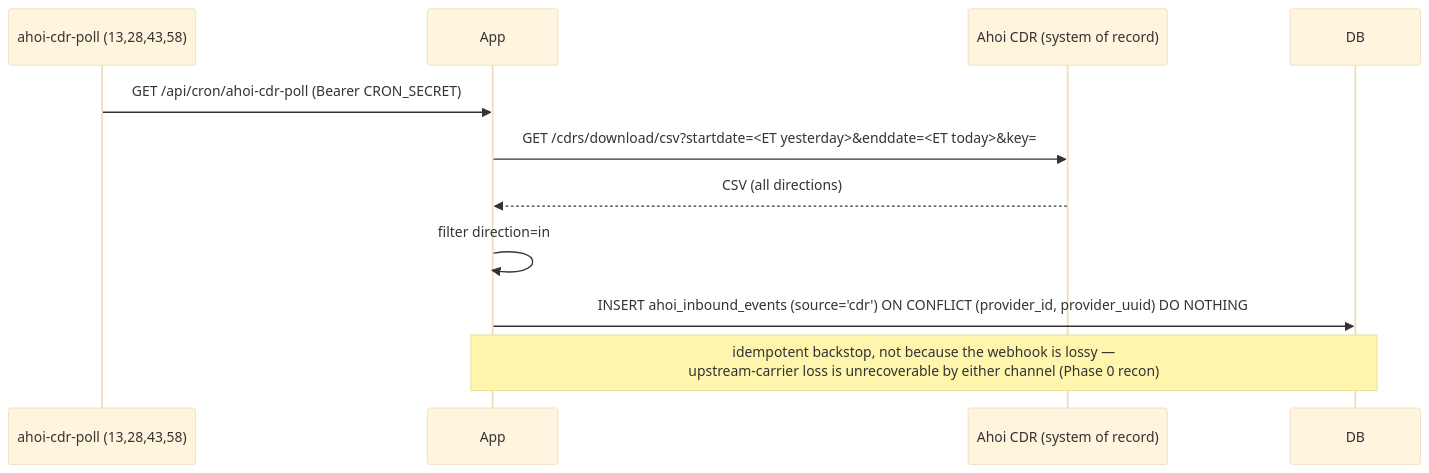
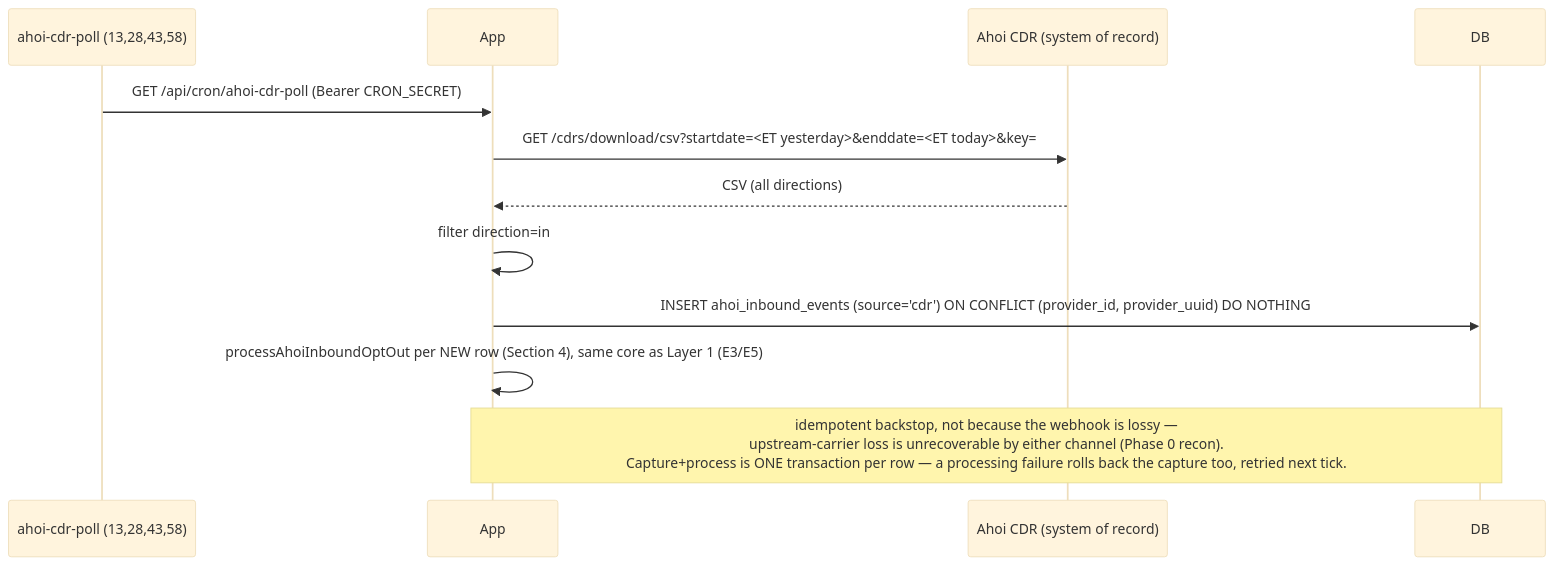
Before and after one commit to DemianMoor/camman: the eighth of 12 diagrams in docs/05-flows.md, drawn with Mermaid (base theme). The commit also changed 3 other files, not shown here.

Commit message:
feat(ahoi): wire Layer 2 (CDR poll) opt-out write, per-row transaction

````diff
--- a/docs/05-flows.md
+++ b/docs/05-flows.md
@@ -152,13 +152,14 @@
 ```mermaid
 sequenceDiagram
   participant Cron as ahoi-cdr-poll (13,28,43,58)
   participant App
   participant Ahoi as Ahoi CDR (system of record)
   participant DB
   Cron->>App: GET /api/cron/ahoi-cdr-poll (Bearer CRON_SECRET)
   App->>Ahoi: GET /cdrs/download/csv?startdate=<ET yesterday>&enddate=<ET today>&key=
   Ahoi-->>App: CSV (all directions)
   App->>App: filter direction=in
   App->>DB: INSERT ahoi_inbound_events (source='cdr') ON CONFLICT (provider_id, provider_uuid) DO NOTHING
-  Note over App,DB: idempotent backstop, not because the webhook is lossy —<br/>upstream-carrier loss is unrecoverable by either channel (Phase 0 recon)
+  App->>App: processAhoiInboundOptOut per NEW row (Section 4), same core as Layer 1 (E3/E5)
+  Note over App,DB: idempotent backstop, not because the webhook is lossy —<br/>upstream-carrier loss is unrecoverable by either channel (Phase 0 recon).<br/>Capture+process is ONE transaction per row — a processing failure rolls back the capture too, retried next tick.
 ```
````
